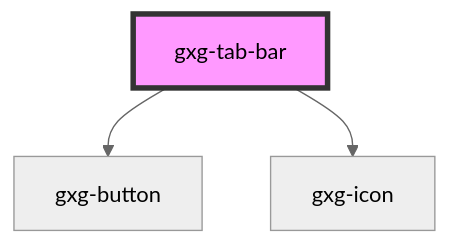
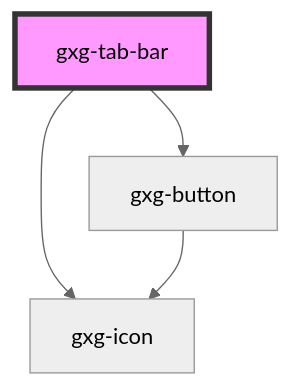
The diagram in src/components/tab-bar/readme.md (genexuslabs/gemini), drawn with Mermaid (neutral theme) before and after one commit. The commit also changed 50 other files, not shown here.

````diff
--- a/src/components/tab-bar/readme.md
+++ b/src/components/tab-bar/readme.md
@@ -14,6 +14,7 @@
 ```mermaid
 graph TD;
   gxg-tab-bar --> gxg-button
   gxg-tab-bar --> gxg-icon
+  gxg-button --> gxg-icon
   style gxg-tab-bar fill:#f9f,stroke:#333,stroke-width:4px
 ```
````
